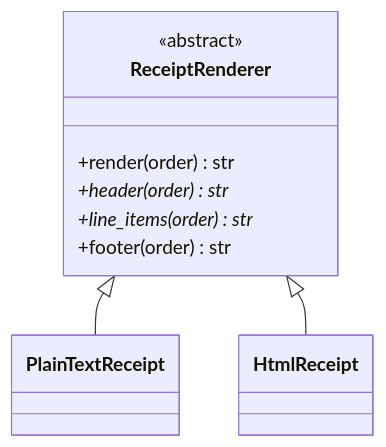
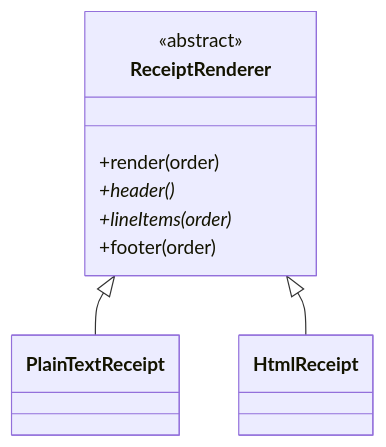
One commit to Lightbridge-KS/software-design-ai-era changed the second of 4 diagrams in src/content/docs/part-3-patterns/13-strategy-and-template-method.mdx. Above: the diagram before and after it, drawn with Mermaid. The commit also changed other lines of this file and 23 other files, not shown here.

````diff
--- a/src/content/docs/part-3-patterns/13-strategy-and-template-method.mdx
+++ b/src/content/docs/part-3-patterns/13-strategy-and-template-method.mdx
@@ -106,14 +140,14 @@
 ```mermaid
 classDiagram
     class ReceiptRenderer {
         <<abstract>>
-        +render(order) str
-        +header(order)* str
-        +line_items(order)* str
-        +footer(order) str
+        +render(order)
+        +header()*
+        +lineItems(order)*
+        +footer(order)
     }
     class PlainTextReceipt
     class HtmlReceipt
     ReceiptRenderer <|-- PlainTextReceipt
     ReceiptRenderer <|-- HtmlReceipt
 ```
````
